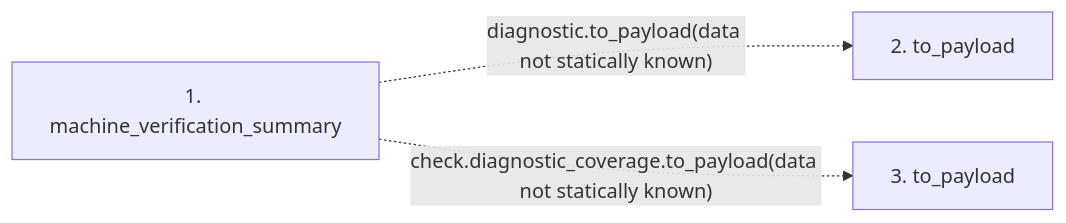
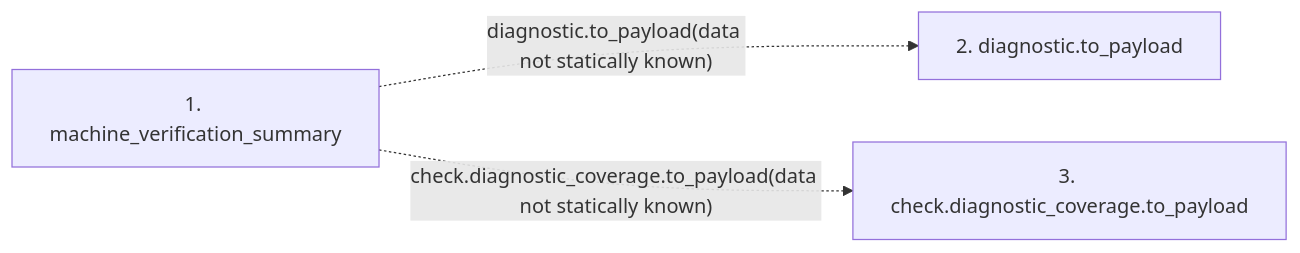
The second of 2 diagrams in docs/llm_wiki/flows/api-machine_verification_summary.md (Denissvgn/python-wiki-llm), drawn with Mermaid before and after one commit. The commit also changed other lines of this file and 719 other files, not shown here.

````diff
--- a/docs/llm_wiki/flows/api-machine_verification_summary.md
+++ b/docs/llm_wiki/flows/api-machine_verification_summary.md
@@ -21,9 +22,9 @@
 ```mermaid
 flowchart LR
     s1["1. machine_verification_summary"]
-    s2["2. to_payload"]
-    s3["3. to_payload"]
+    s2["2. diagnostic.to_payload"]
+    s3["3. check.diagnostic_coverage.to_payload"]
     s1 -. "diagnostic.to_payload(data not statically known)" .-> s2
     s1 -. "check.diagnostic_coverage.to_payload(data not statically known)" .-> s3
     click s1 "../modules/knowledge_verification.md"
 ```
````
